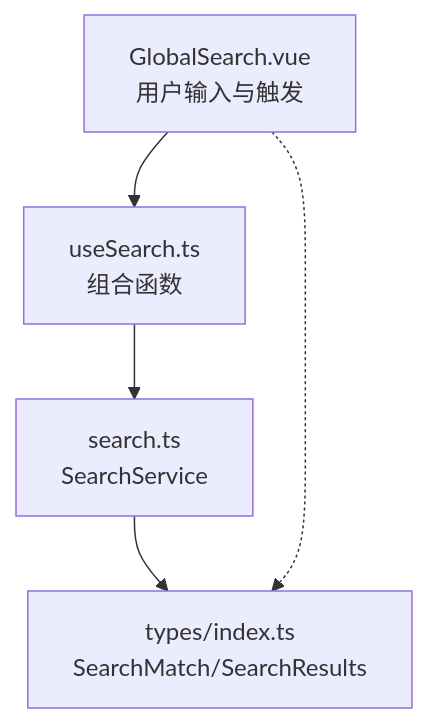
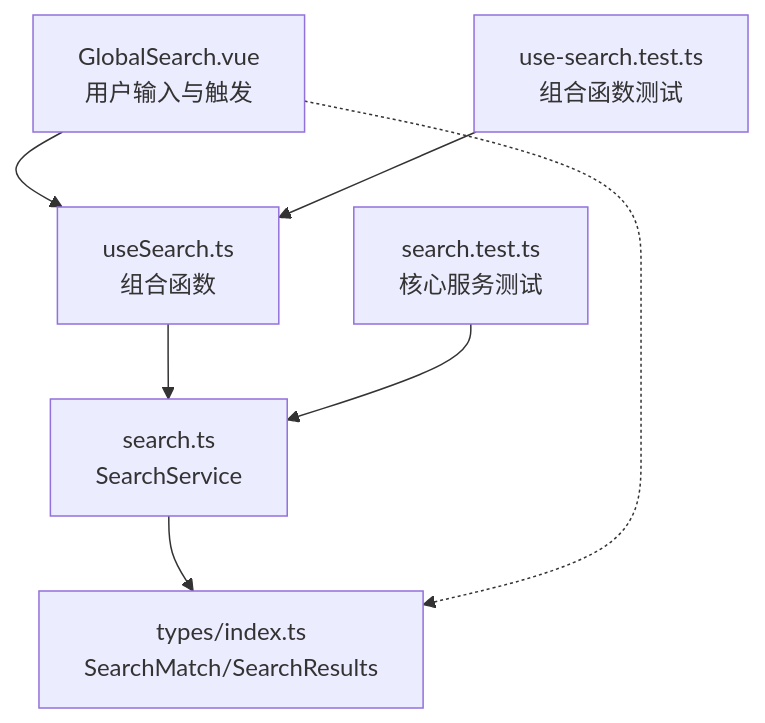
Before and after one commit to taoweidong/Hello-Tauri: the first of 4 diagrams in .qoder/repowiki/zh/content/架构设计/数据流模式/组合式函数数据逻辑/全局搜索组合函数.md, drawn with Mermaid. The commit also changed other lines of this file and 119 other files, not shown here.

````diff
--- a/.qoder/repowiki/zh/content/架构设计/数据流模式/组合式函数数据逻辑/全局搜索组合函数.md
+++ b/.qoder/repowiki/zh/content/架构设计/数据流模式/组合式函数数据逻辑/全局搜索组合函数.md
@@ -42,7 +52,9 @@
 ```mermaid
 graph TB
 UI["GlobalSearch.vue<br/>用户输入与触发"] --> CS["useSearch.ts<br/>组合函数"]
 CS --> SS["search.ts<br/>SearchService"]
 SS --> Types["types/index.ts<br/>SearchMatch/SearchResults"]
 UI -.-> Types
+Tests["use-search.test.ts<br/>组合函数测试"] --> CS
+CoreTests["search.test.ts<br/>核心服务测试"] --> SS
 ```
````
